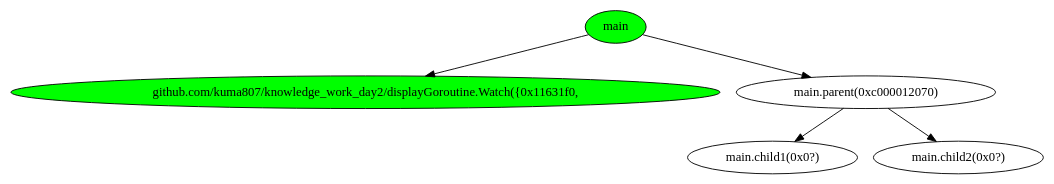
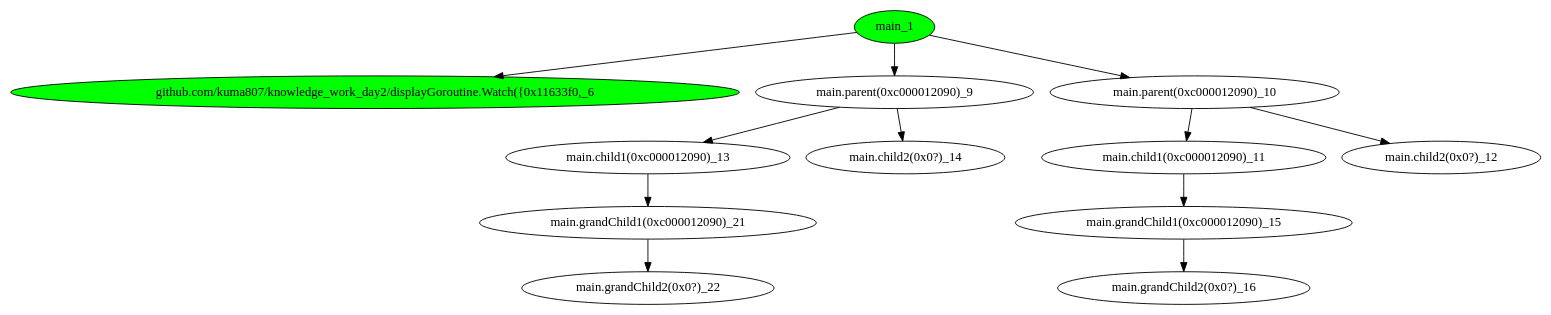
Before and after one commit to kuma807/knowledge_work_day2: the diagram in main_testGoroutine/tree_0.dot, drawn with Graphviz. The commit also changed 28 other files, not shown here.

```diff
--- a/main_testGoroutine/tree_0.dot
+++ b/main_testGoroutine/tree_0.dot
@@ -1,12 +1,26 @@
 digraph G {
-	"main"->"github.com/kuma807/knowledge_work_day2/displayGoroutine.Watch({0x11631f0,";
-	"main"->"main.parent(0xc000012070)";
-	"main.parent(0xc000012070)"->"main.child1(0x0?)";
-	"main.parent(0xc000012070)"->"main.child2(0x0?)";
-	"github.com/kuma807/knowledge_work_day2/displayGoroutine.Watch({0x11631f0," [ fillcolor="#00FF00", style="solid,filled" ];
-	"main" [ fillcolor="#00FF00", style="solid,filled" ];
-	"main.child1(0x0?)";
-	"main.child2(0x0?)";
-	"main.parent(0xc000012070)";
+	"main_1"->"github.com/kuma807/knowledge_work_day2/displayGoroutine.Watch({0x11633f0,_6";
+	"main_1"->"main.parent(0xc000012090)_9";
+	"main_1"->"main.parent(0xc000012090)_10";
+	"main.parent(0xc000012090)_10"->"main.child1(0xc000012090)_11";
+	"main.parent(0xc000012090)_10"->"main.child2(0x0?)_12";
+	"main.parent(0xc000012090)_9"->"main.child1(0xc000012090)_13";
+	"main.parent(0xc000012090)_9"->"main.child2(0x0?)_14";
+	"main.child1(0xc000012090)_11"->"main.grandChild1(0xc000012090)_15";
+	"main.grandChild1(0xc000012090)_15"->"main.grandChild2(0x0?)_16";
+	"main.child1(0xc000012090)_13"->"main.grandChild1(0xc000012090)_21";
+	"main.grandChild1(0xc000012090)_21"->"main.grandChild2(0x0?)_22";
+	"github.com/kuma807/knowledge_work_day2/displayGoroutine.Watch({0x11633f0,_6" [ fillcolor="#00FF00", style="solid,filled" ];
+	"main.child1(0xc000012090)_11";
+	"main.child1(0xc000012090)_13";
+	"main.child2(0x0?)_12";
+	"main.child2(0x0?)_14";
+	"main.grandChild1(0xc000012090)_15";
+	"main.grandChild1(0xc000012090)_21";
+	"main.grandChild2(0x0?)_16";
+	"main.grandChild2(0x0?)_22";
+	"main.parent(0xc000012090)_10";
+	"main.parent(0xc000012090)_9";
+	"main_1" [ fillcolor="#00FF00", style="solid,filled" ];
 
 }
```
